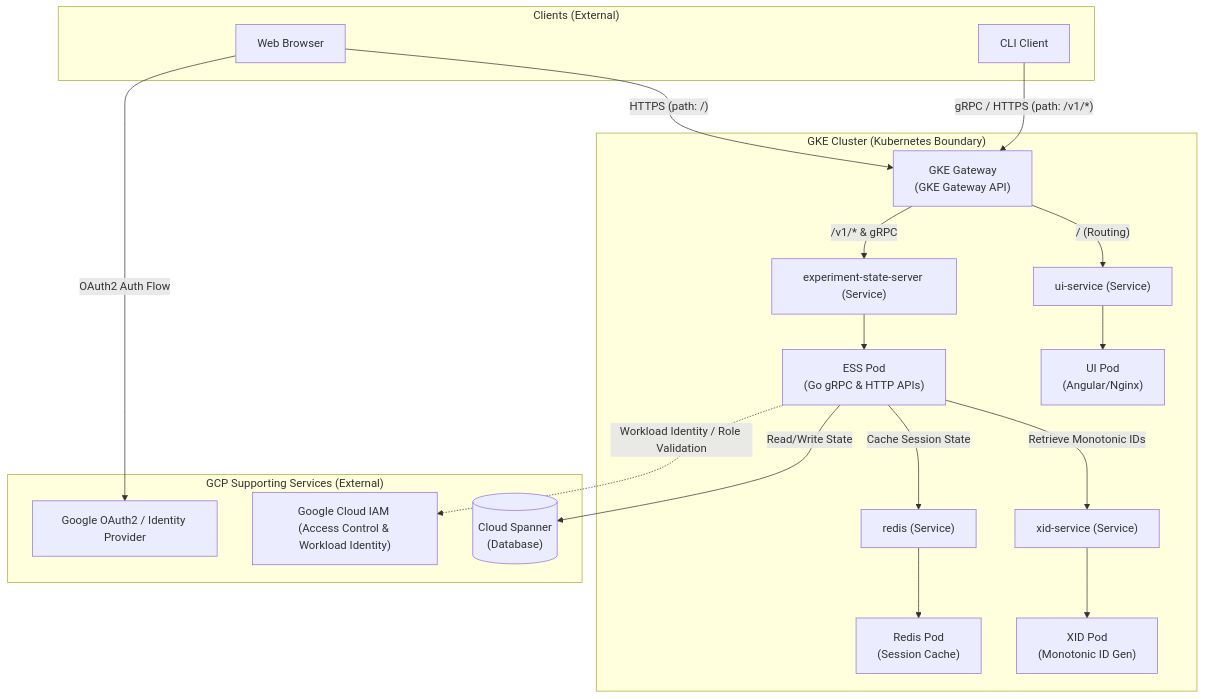
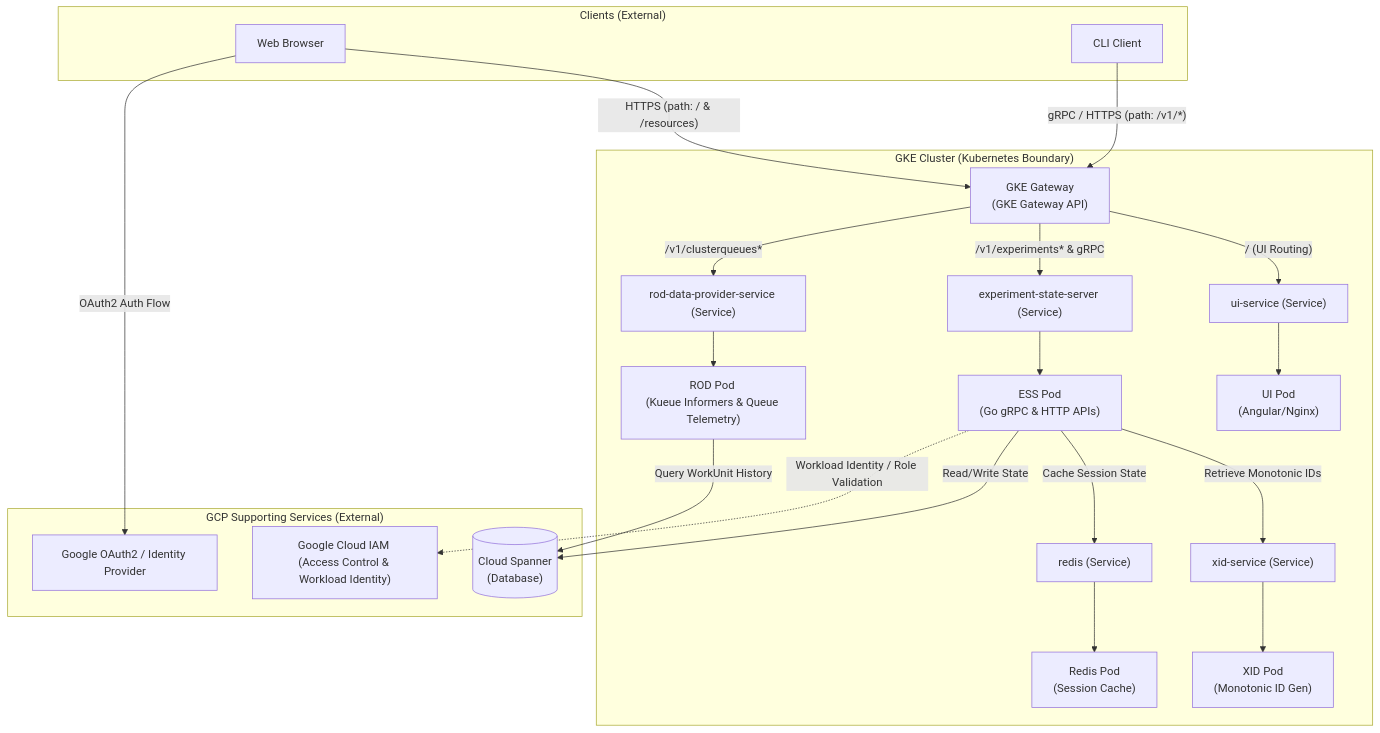
The diagram in docs/design/gateway.md (google/xmc), drawn with Mermaid before and after one commit. The commit also changed other lines of this file and 5 other files, not shown here.

First line of the commit message:
docs(rod): add Resource Observability Dashboard system architecture and developer guides

````diff
--- a/docs/design/gateway.md
+++ b/docs/design/gateway.md
@@ -11,51 +11,58 @@
 ```mermaid
 graph TD
     subgraph Clients ["Clients (External)"]
         Browser["Web Browser"]
         CLI["CLI Client"]
     end
 
     subgraph GKE ["GKE Cluster (Kubernetes Boundary)"]
         Gateway["GKE Gateway <br/>(GKE Gateway API)"]
         
         UISvc["ui-service (Service)"]
         UIPod["UI Pod <br/>(Angular/Nginx)"]
         
         ESSSvc["experiment-state-server (Service)"]
         ESSPod["ESS Pod <br/>(Go gRPC & HTTP APIs)"]
         
+        RODSvc["rod-data-provider-service (Service)"]
+        RODPod["ROD Pod <br/>(Kueue Informers & Queue Telemetry)"]
+        
         XIDSvc["xid-service (Service)"]
         XIDPod["XID Pod <br/>(Monotonic ID Gen)"]
         
         RedisSvc["redis (Service)"]
         RedisPod["Redis Pod <br/>(Session Cache)"]
     end
 
     subgraph GCP ["GCP Supporting Services (External)"]
         Spanner[("Cloud Spanner <br/>(Database)")]
         IAM["Google Cloud IAM <br/>(Access Control & Workload Identity)"]
         OAuth["Google OAuth2 / Identity Provider"]
     end
 
     %% Traffic Flows
-    Browser -->|"HTTPS (path: /)"| Gateway
+    Browser -->|"HTTPS (path: / & /resources)"| Gateway
     CLI -->|"gRPC / HTTPS (path: /v1/*)"| Gateway
     
-    Gateway -->|"/ (Routing)"| UISvc
+    Gateway -->|"/ (UI Routing)"| UISvc
     UISvc --> UIPod
     
-    Gateway -->|"/v1/* & gRPC"| ESSSvc
+    Gateway -->|"/v1/experiments* & gRPC"| ESSSvc
     ESSSvc --> ESSPod
+    
+    Gateway -->|"/v1/clusterqueues*"| RODSvc
+    RODSvc --> RODPod
     
     %% Pod-to-Pod communication
     ESSPod -->|"Retrieve Monotonic IDs"| XIDSvc
     XIDSvc --> XIDPod
     
     ESSPod -->|"Cache Session State"| RedisSvc
     RedisSvc --> RedisPod
 
     %% External GCP Interactions
     ESSPod -->|"Read/Write State"| Spanner
+    RODPod -->|"Query WorkUnit History"| Spanner
     ESSPod -.->|"Workload Identity / Role Validation"| IAM
     Browser -->|"OAuth2 Auth Flow"| OAuth
 ```
````
